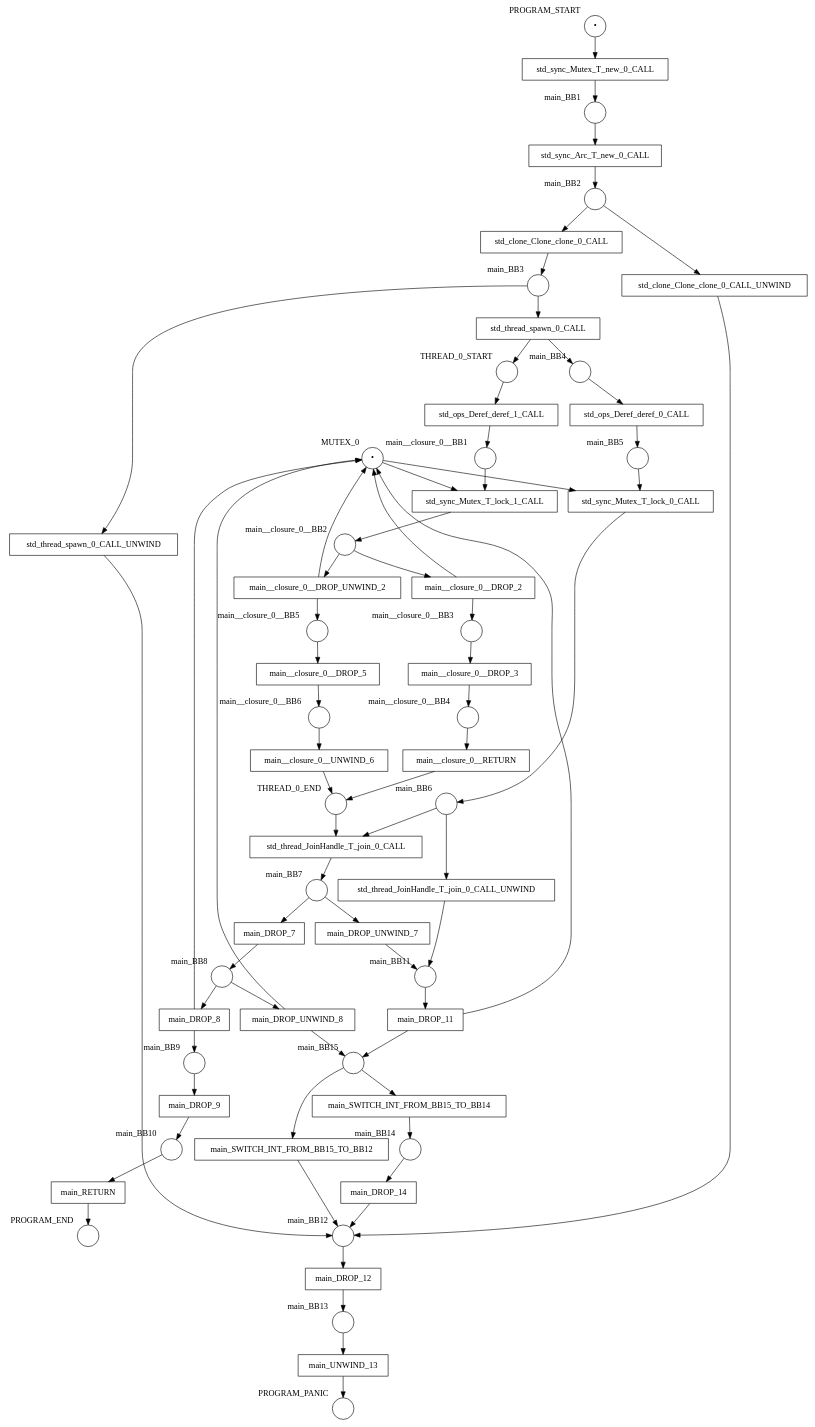
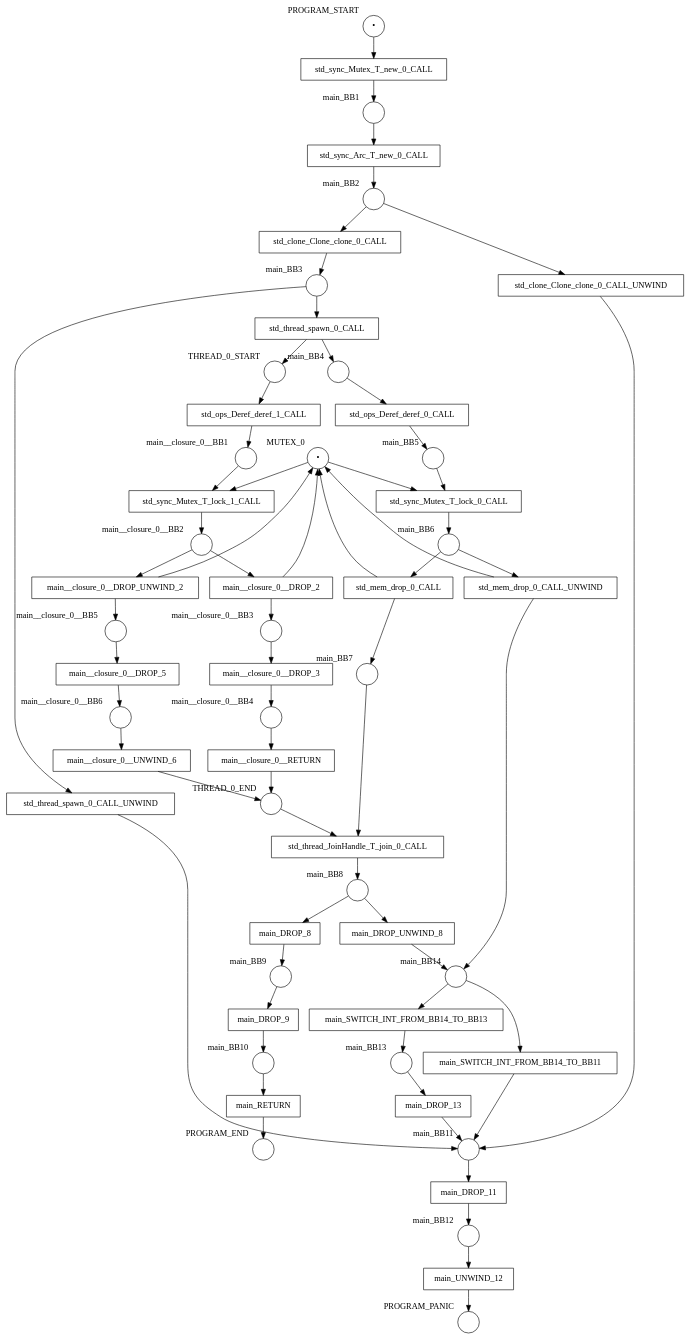
The diagram in examples/results/mutex/two_threads_sharing_mutex/net.dot (hlisdero/cargo-check-deadlock), drawn with Graphviz before and after one commit. The commit also changed 15 other files, not shown here.

```diff
--- a/examples/results/mutex/two_threads_sharing_mutex/net.dot
+++ b/examples/results/mutex/two_threads_sharing_mutex/net.dot
@@ -1,128 +1,120 @@
 digraph petrinet {
     MUTEX_0 [shape="circle" xlabel="MUTEX_0" label="•"];
     PROGRAM_END [shape="circle" xlabel="PROGRAM_END" label=""];
     PROGRAM_PANIC [shape="circle" xlabel="PROGRAM_PANIC" label=""];
     PROGRAM_START [shape="circle" xlabel="PROGRAM_START" label="•"];
     THREAD_0_END [shape="circle" xlabel="THREAD_0_END" label=""];
     THREAD_0_START [shape="circle" xlabel="THREAD_0_START" label=""];
     main_BB1 [shape="circle" xlabel="main_BB1" label=""];
     main_BB10 [shape="circle" xlabel="main_BB10" label=""];
     main_BB11 [shape="circle" xlabel="main_BB11" label=""];
     main_BB12 [shape="circle" xlabel="main_BB12" label=""];
     main_BB13 [shape="circle" xlabel="main_BB13" label=""];
     main_BB14 [shape="circle" xlabel="main_BB14" label=""];
-    main_BB15 [shape="circle" xlabel="main_BB15" label=""];
     main_BB2 [shape="circle" xlabel="main_BB2" label=""];
     main_BB3 [shape="circle" xlabel="main_BB3" label=""];
     main_BB4 [shape="circle" xlabel="main_BB4" label=""];
     main_BB5 [shape="circle" xlabel="main_BB5" label=""];
     main_BB6 [shape="circle" xlabel="main_BB6" label=""];
     main_BB7 [shape="circle" xlabel="main_BB7" label=""];
     main_BB8 [shape="circle" xlabel="main_BB8" label=""];
     main_BB9 [shape="circle" xlabel="main_BB9" label=""];
     main__closure_0__BB1 [shape="circle" xlabel="main__closure_0__BB1" label=""];
     main__closure_0__BB2 [shape="circle" xlabel="main__closure_0__BB2" label=""];
     main__closure_0__BB3 [shape="circle" xlabel="main__closure_0__BB3" label=""];
     main__closure_0__BB4 [shape="circle" xlabel="main__closure_0__BB4" label=""];
     main__closure_0__BB5 [shape="circle" xlabel="main__closure_0__BB5" label=""];
     main__closure_0__BB6 [shape="circle" xlabel="main__closure_0__BB6" label=""];
     main_DROP_11 [shape="box" xlabel="" label="main_DROP_11"];
-    main_DROP_12 [shape="box" xlabel="" label="main_DROP_12"];
-    main_DROP_14 [shape="box" xlabel="" label="main_DROP_14"];
-    main_DROP_7 [shape="box" xlabel="" label="main_DROP_7"];
+    main_DROP_13 [shape="box" xlabel="" label="main_DROP_13"];
     main_DROP_8 [shape="box" xlabel="" label="main_DROP_8"];
     main_DROP_9 [shape="box" xlabel="" label="main_DROP_9"];
-    main_DROP_UNWIND_7 [shape="box" xlabel="" label="main_DROP_UNWIND_7"];
     main_DROP_UNWIND_8 [shape="box" xlabel="" label="main_DROP_UNWIND_8"];
     main_RETURN [shape="box" xlabel="" label="main_RETURN"];
-    main_SWITCH_INT_FROM_BB15_TO_BB12 [shape="box" xlabel="" label="main_SWITCH_INT_FROM_BB15_TO_BB12"];
-    main_SWITCH_INT_FROM_BB15_TO_BB14 [shape="box" xlabel="" label="main_SWITCH_INT_FROM_BB15_TO_BB14"];
-    main_UNWIND_13 [shape="box" xlabel="" label="main_UNWIND_13"];
+    main_SWITCH_INT_FROM_BB14_TO_BB11 [shape="box" xlabel="" label="main_SWITCH_INT_FROM_BB14_TO_BB11"];
+    main_SWITCH_INT_FROM_BB14_TO_BB13 [shape="box" xlabel="" label="main_SWITCH_INT_FROM_BB14_TO_BB13"];
+    main_UNWIND_12 [shape="box" xlabel="" label="main_UNWIND_12"];
     main__closure_0__DROP_2 [shape="box" xlabel="" label="main__closure_0__DROP_2"];
     main__closure_0__DROP_3 [shape="box" xlabel="" label="main__closure_0__DROP_3"];
     main__closure_0__DROP_5 [shape="box" xlabel="" label="main__closure_0__DROP_5"];
     main__closure_0__DROP_UNWIND_2 [shape="box" xlabel="" label="main__closure_0__DROP_UNWIND_2"];
     main__closure_0__RETURN [shape="box" xlabel="" label="main__closure_0__RETURN"];
     main__closure_0__UNWIND_6 [shape="box" xlabel="" label="main__closure_0__UNWIND_6"];
     std_clone_Clone_clone_0_CALL [shape="box" xlabel="" label="std_clone_Clone_clone_0_CALL"];
     std_clone_Clone_clone_0_CALL_UNWIND [shape="box" xlabel="" label="std_clone_Clone_clone_0_CALL_UNWIND"];
+    std_mem_drop_0_CALL [shape="box" xlabel="" label="std_mem_drop_0_CALL"];
+    std_mem_drop_0_CALL_UNWIND [shape="box" xlabel="" label="std_mem_drop_0_CALL_UNWIND"];
     std_ops_Deref_deref_0_CALL [shape="box" xlabel="" label="std_ops_Deref_deref_0_CALL"];
     std_ops_Deref_deref_1_CALL [shape="box" xlabel="" label="std_ops_Deref_deref_1_CALL"];
     std_sync_Arc_T_new_0_CALL [shape="box" xlabel="" label="std_sync_Arc_T_new_0_CALL"];
     std_sync_Mutex_T_lock_0_CALL [shape="box" xlabel="" label="std_sync_Mutex_T_lock_0_CALL"];
     std_sync_Mutex_T_lock_1_CALL [shape="box" xlabel="" label="std_sync_Mutex_T_lock_1_CALL"];
     std_sync_Mutex_T_new_0_CALL [shape="box" xlabel="" label="std_sync_Mutex_T_new_0_CALL"];
     std_thread_JoinHandle_T_join_0_CALL [shape="box" xlabel="" label="std_thread_JoinHandle_T_join_0_CALL"];
-    std_thread_JoinHandle_T_join_0_CALL_UNWIND [shape="box" xlabel="" label="std_thread_JoinHandle_T_join_0_CALL_UNWIND"];
     std_thread_spawn_0_CALL [shape="box" xlabel="" label="std_thread_spawn_0_CALL"];
     std_thread_spawn_0_CALL_UNWIND [shape="box" xlabel="" label="std_thread_spawn_0_CALL_UNWIND"];
     MUTEX_0 -> std_sync_Mutex_T_lock_0_CALL;
     MUTEX_0 -> std_sync_Mutex_T_lock_1_CALL;
     PROGRAM_START -> std_sync_Mutex_T_new_0_CALL;
     THREAD_0_END -> std_thread_JoinHandle_T_join_0_CALL;
     THREAD_0_START -> std_ops_Deref_deref_1_CALL;
     main_BB1 -> std_sync_Arc_T_new_0_CALL;
     main_BB10 -> main_RETURN;
     main_BB11 -> main_DROP_11;
-    main_BB12 -> main_DROP_12;
-    main_BB13 -> main_UNWIND_13;
-    main_BB14 -> main_DROP_14;
-    main_BB15 -> main_SWITCH_INT_FROM_BB15_TO_BB12;
-    main_BB15 -> main_SWITCH_INT_FROM_BB15_TO_BB14;
+    main_BB12 -> main_UNWIND_12;
+    main_BB13 -> main_DROP_13;
+    main_BB14 -> main_SWITCH_INT_FROM_BB14_TO_BB11;
+    main_BB14 -> main_SWITCH_INT_FROM_BB14_TO_BB13;
     main_BB2 -> std_clone_Clone_clone_0_CALL;
     main_BB2 -> std_clone_Clone_clone_0_CALL_UNWIND;
     main_BB3 -> std_thread_spawn_0_CALL;
     main_BB3 -> std_thread_spawn_0_CALL_UNWIND;
     main_BB4 -> std_ops_Deref_deref_0_CALL;
     main_BB5 -> std_sync_Mutex_T_lock_0_CALL;
-    main_BB6 -> std_thread_JoinHandle_T_join_0_CALL;
-    main_BB6 -> std_thread_JoinHandle_T_join_0_CALL_UNWIND;
-    main_BB7 -> main_DROP_7;
-    main_BB7 -> main_DROP_UNWIND_7;
+    main_BB6 -> std_mem_drop_0_CALL;
+    main_BB6 -> std_mem_drop_0_CALL_UNWIND;
+    main_BB7 -> std_thread_JoinHandle_T_join_0_CALL;
     main_BB8 -> main_DROP_8;
     main_BB8 -> main_DROP_UNWIND_8;
     main_BB9 -> main_DROP_9;
     main__closure_0__BB1 -> std_sync_Mutex_T_lock_1_CALL;
     main__closure_0__BB2 -> main__closure_0__DROP_2;
     main__closure_0__BB2 -> main__closure_0__DROP_UNWIND_2;
     main__closure_0__BB3 -> main__closure_0__DROP_3;
     main__closure_0__BB4 -> main__closure_0__RETURN;
     main__closure_0__BB5 -> main__closure_0__DROP_5;
     main__closure_0__BB6 -> main__closure_0__UNWIND_6;
-    main_DROP_11 -> MUTEX_0;
-    main_DROP_11 -> main_BB15;
-    main_DROP_12 -> main_BB13;
-    main_DROP_14 -> main_BB12;
-    main_DROP_7 -> main_BB8;
-    main_DROP_8 -> MUTEX_0;
+    main_DROP_11 -> main_BB12;
+    main_DROP_13 -> main_BB11;
     main_DROP_8 -> main_BB9;
     main_DROP_9 -> main_BB10;
-    main_DROP_UNWIND_7 -> main_BB11;
-    main_DROP_UNWIND_8 -> MUTEX_0;
-    main_DROP_UNWIND_8 -> main_BB15;
+    main_DROP_UNWIND_8 -> main_BB14;
     main_RETURN -> PROGRAM_END;
-    main_SWITCH_INT_FROM_BB15_TO_BB12 -> main_BB12;
-    main_SWITCH_INT_FROM_BB15_TO_BB14 -> main_BB14;
-    main_UNWIND_13 -> PROGRAM_PANIC;
+    main_SWITCH_INT_FROM_BB14_TO_BB11 -> main_BB11;
+    main_SWITCH_INT_FROM_BB14_TO_BB13 -> main_BB13;
+    main_UNWIND_12 -> PROGRAM_PANIC;
     main__closure_0__DROP_2 -> MUTEX_0;
     main__closure_0__DROP_2 -> main__closure_0__BB3;
     main__closure_0__DROP_3 -> main__closure_0__BB4;
     main__closure_0__DROP_5 -> main__closure_0__BB6;
     main__closure_0__DROP_UNWIND_2 -> MUTEX_0;
     main__closure_0__DROP_UNWIND_2 -> main__closure_0__BB5;
     main__closure_0__RETURN -> THREAD_0_END;
     main__closure_0__UNWIND_6 -> THREAD_0_END;
     std_clone_Clone_clone_0_CALL -> main_BB3;
-    std_clone_Clone_clone_0_CALL_UNWIND -> main_BB12;
+    std_clone_Clone_clone_0_CALL_UNWIND -> main_BB11;
+    std_mem_drop_0_CALL -> MUTEX_0;
+    std_mem_drop_0_CALL -> main_BB7;
+    std_mem_drop_0_CALL_UNWIND -> MUTEX_0;
+    std_mem_drop_0_CALL_UNWIND -> main_BB14;
     std_ops_Deref_deref_0_CALL -> main_BB5;
     std_ops_Deref_deref_1_CALL -> main__closure_0__BB1;
     std_sync_Arc_T_new_0_CALL -> main_BB2;
     std_sync_Mutex_T_lock_0_CALL -> main_BB6;
     std_sync_Mutex_T_lock_1_CALL -> main__closure_0__BB2;
     std_sync_Mutex_T_new_0_CALL -> main_BB1;
-    std_thread_JoinHandle_T_join_0_CALL -> main_BB7;
-    std_thread_JoinHandle_T_join_0_CALL_UNWIND -> main_BB11;
+    std_thread_JoinHandle_T_join_0_CALL -> main_BB8;
     std_thread_spawn_0_CALL -> THREAD_0_START;
     std_thread_spawn_0_CALL -> main_BB4;
-    std_thread_spawn_0_CALL_UNWIND -> main_BB12;
+    std_thread_spawn_0_CALL_UNWIND -> main_BB11;
 }
```
